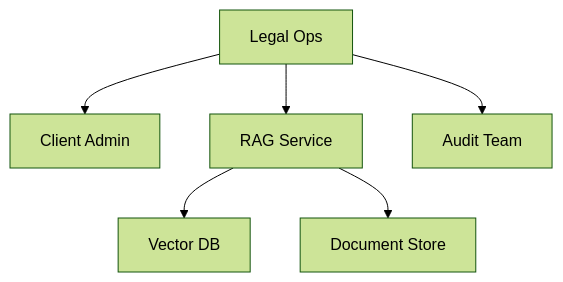
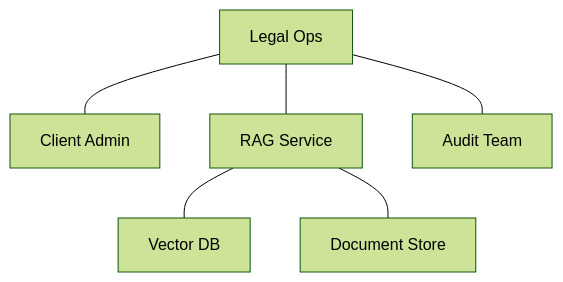
One commit to rshajgude/GenAI_Daily changed the first of 4 diagrams in Day30_RAG_Intro/data/llamaparse_output/rag_ready_document.md. Above: the diagram before and after it, drawn with Mermaid (forest theme). The commit also changed other lines of this file and 177 other files, not shown here.

````diff
--- a/Day30_RAG_Intro/data/llamaparse_output/rag_ready_document.md
+++ b/Day30_RAG_Intro/data/llamaparse_output/rag_ready_document.md
@@ -95,8 +93,15 @@
 ```mermaid
 graph TD
-    LegalOps[Legal Ops] --> ClientAdmin[Client Admin]
-    LegalOps --> RAGService[RAG Service]
-    LegalOps --> AuditTeam[Audit Team]
-    RAGService --> VectorDB[Vector DB]
-    RAGService --> DocumentStore[Document Store]
+    LegalOps["Legal Ops"]
+    ClientAdmin["Client Admin"]
+    RAGService["RAG Service"]
+    AuditTeam["Audit Team"]
+    VectorDB["Vector DB"]
+    DocumentStore["Document Store"]
+
+    LegalOps --- ClientAdmin
+    LegalOps --- RAGService
+    LegalOps --- AuditTeam
+    RAGService --- VectorDB
+    RAGService --- DocumentStore
 ```
````
